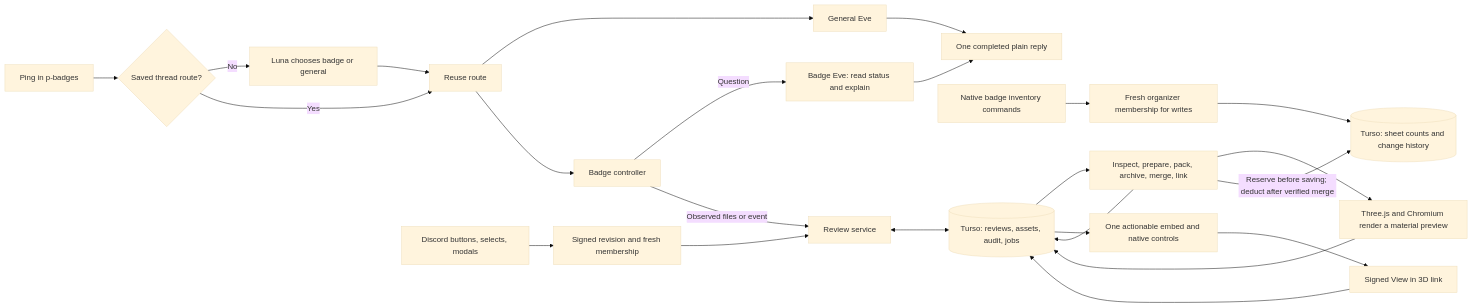
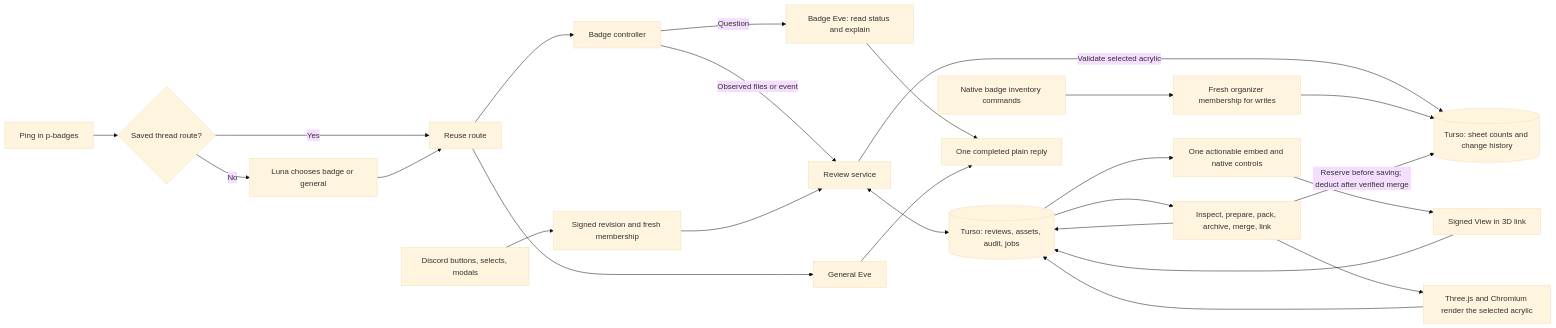
The first of 2 diagrams in docs/badge-review.md (purduehackers/wack-hacker), drawn with Mermaid (base theme) before and after one commit. The commit also changed other lines of this file and 17 other files, not shown here.

Commit message:
Select badge material before preview and show verified file checks

````diff
--- a/docs/badge-review.md
+++ b/docs/badge-review.md
@@ -42,26 +44,27 @@
 ```mermaid
 flowchart LR
   Mention[Ping in p-badges] --> Route{Saved thread route?}
   Route -->|No| Luna[Luna chooses badge or general]
   Route -->|Yes| Saved[Reuse route]
   Luna --> Saved
   Saved --> General[General Eve]
   Saved --> Intake[Badge controller]
   Intake -->|Question| Eve[Badge Eve: read status and explain]
   Intake -->|Observed files or event| Service[Review service]
   Native[Discord buttons, selects, modals] --> Auth[Signed revision and fresh membership]
   Auth --> Service
   Service <--> DB[(Turso: reviews, assets, audit, jobs)]
   DB --> Worker[Inspect, prepare, pack, archive, merge, link]
   Worker --> DB
-  Worker --> Render[Three.js and Chromium render a material preview]
+  Service -->|Validate selected acrylic| Stock
+  Worker --> Render[Three.js and Chromium render the selected acrylic]
   Render --> DB
   Delivery --> Viewer[Signed View in 3D link]
   Viewer --> DB
   Inventory[Native badge inventory commands] --> StockAuth[Fresh organizer membership for writes]
   StockAuth --> Stock[(Turso: sheet counts and change history)]
   Worker -->|Reserve before saving; deduct after verified merge| Stock
   DB --> Delivery[One actionable embed and native controls]
   Eve --> Reply[One completed plain reply]
   General --> Reply
 ```
````
